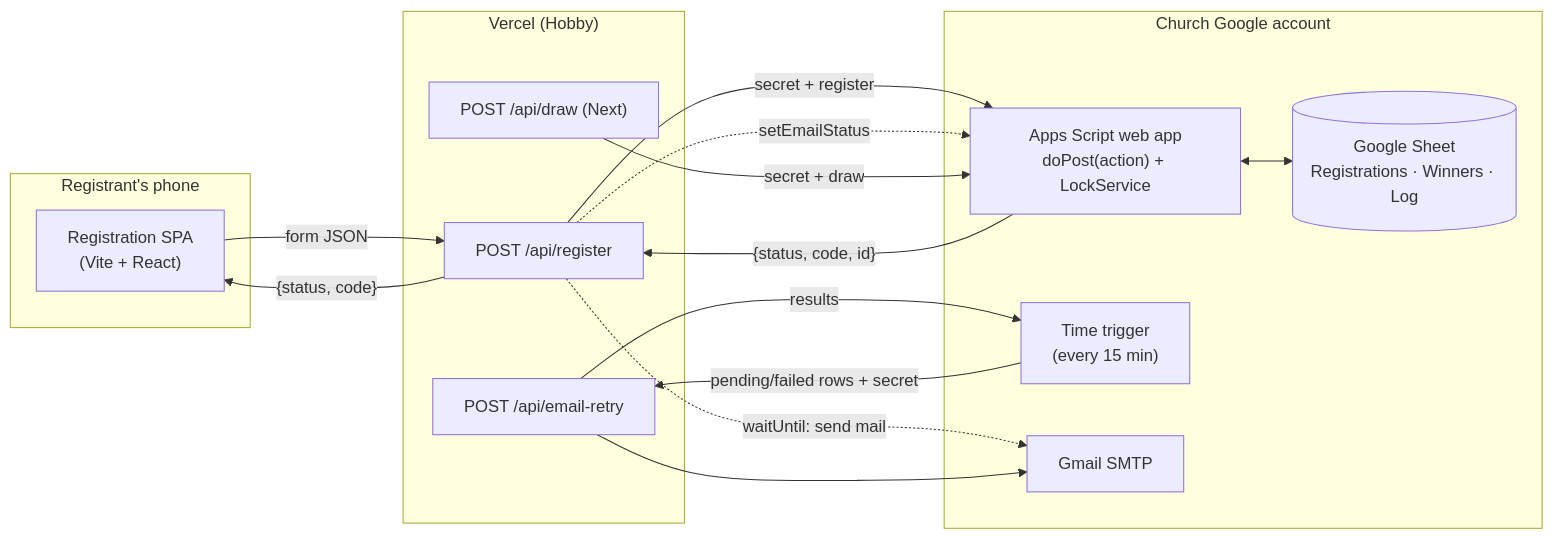
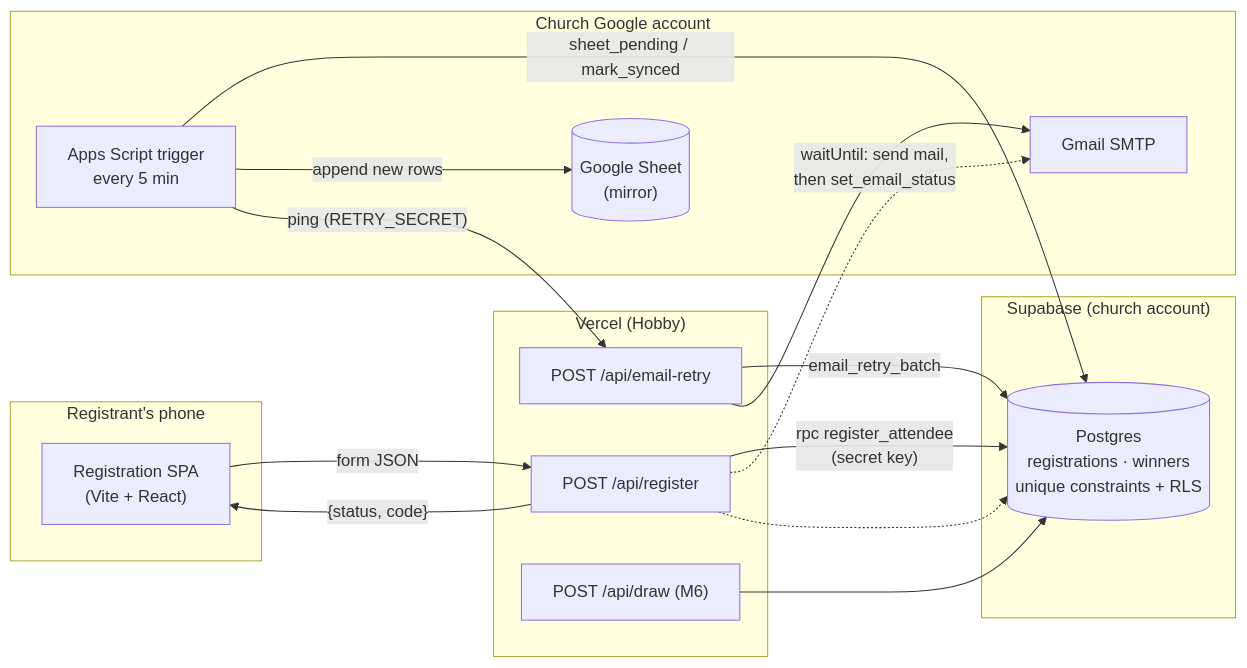
Before and after one commit to asejik/the-awakening: the diagram in docs/PROJECT_PLAN.md, drawn with Mermaid. The commit also changed other lines of this file and 3 other files, not shown here.

Commit message:
docs: Revision 2, Supabase as system of record with Sheet mirror (plan, summary, consent text, CLAUDE.md)

````diff
--- a/docs/PROJECT_PLAN.md
+++ b/docs/PROJECT_PLAN.md
@@ -250,28 +276,30 @@
 ```mermaid
 flowchart LR
   subgraph Phone["Registrant's phone"]
     UI["Registration SPA<br/>(Vite + React)"]
   end
   subgraph Vercel["Vercel (Hobby)"]
     REG["POST /api/register"]
     RETRY["POST /api/email-retry"]
-    DRAW["POST /api/draw (Next)"]
+    DRAW["POST /api/draw (M6)"]
+  end
+  subgraph Supa["Supabase (church account)"]
+    DB[("Postgres<br/>registrations · winners<br/>unique constraints + RLS")]
   end
   subgraph Google["Church Google account"]
-    GAS["Apps Script web app<br/>doPost(action) + LockService"]
-    SHEET[("Google Sheet<br/>Registrations · Winners · Log")]
-    TRIG["Time trigger<br/>(every 15 min)"]
     GMAIL["Gmail SMTP"]
+    TRIG["Apps Script trigger<br/>every 5 min"]
+    SHEET[("Google Sheet<br/>(mirror)")]
   end
   UI -- "form JSON" --> REG
-  REG -- "secret + register" --> GAS
-  GAS <--> SHEET
-  GAS -- "{status, code, id}" --> REG
+  REG -- "rpc register_attendee<br/>(secret key)" --> DB
   REG -- "{status, code}" --> UI
-  REG -. "waitUntil: send mail" .-> GMAIL
-  REG -. "setEmailStatus" .-> GAS
-  TRIG -- "pending/failed rows + secret" --> RETRY
+  REG -. "waitUntil: send mail,<br/>then set_email_status" .-> GMAIL
+  REG -.-> DB
+  TRIG -- "sheet_pending / mark_synced" --> DB
+  TRIG -- "append new rows" --> SHEET
+  TRIG -- "ping (RETRY_SECRET)" --> RETRY
+  RETRY -- "email_retry_batch" --> DB
   RETRY --> GMAIL
-  RETRY -- "results" --> TRIG
-  DRAW -- "secret + draw" --> GAS
+  DRAW --> DB
 ```
````
